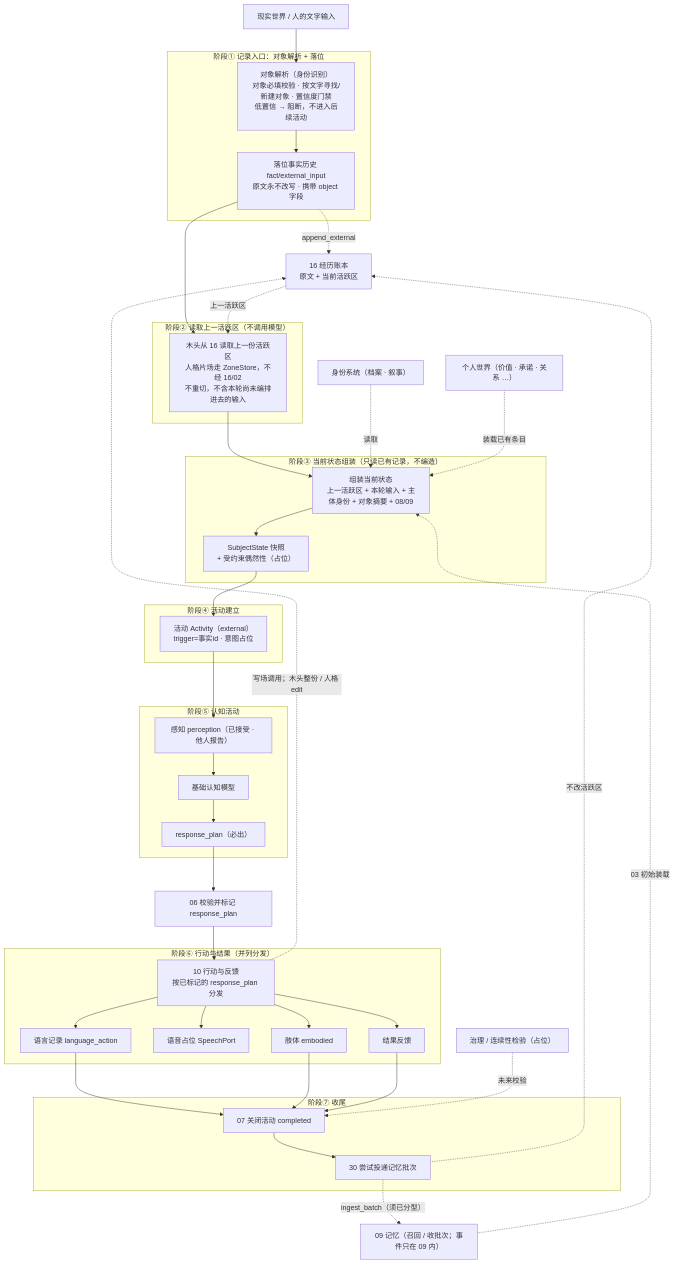
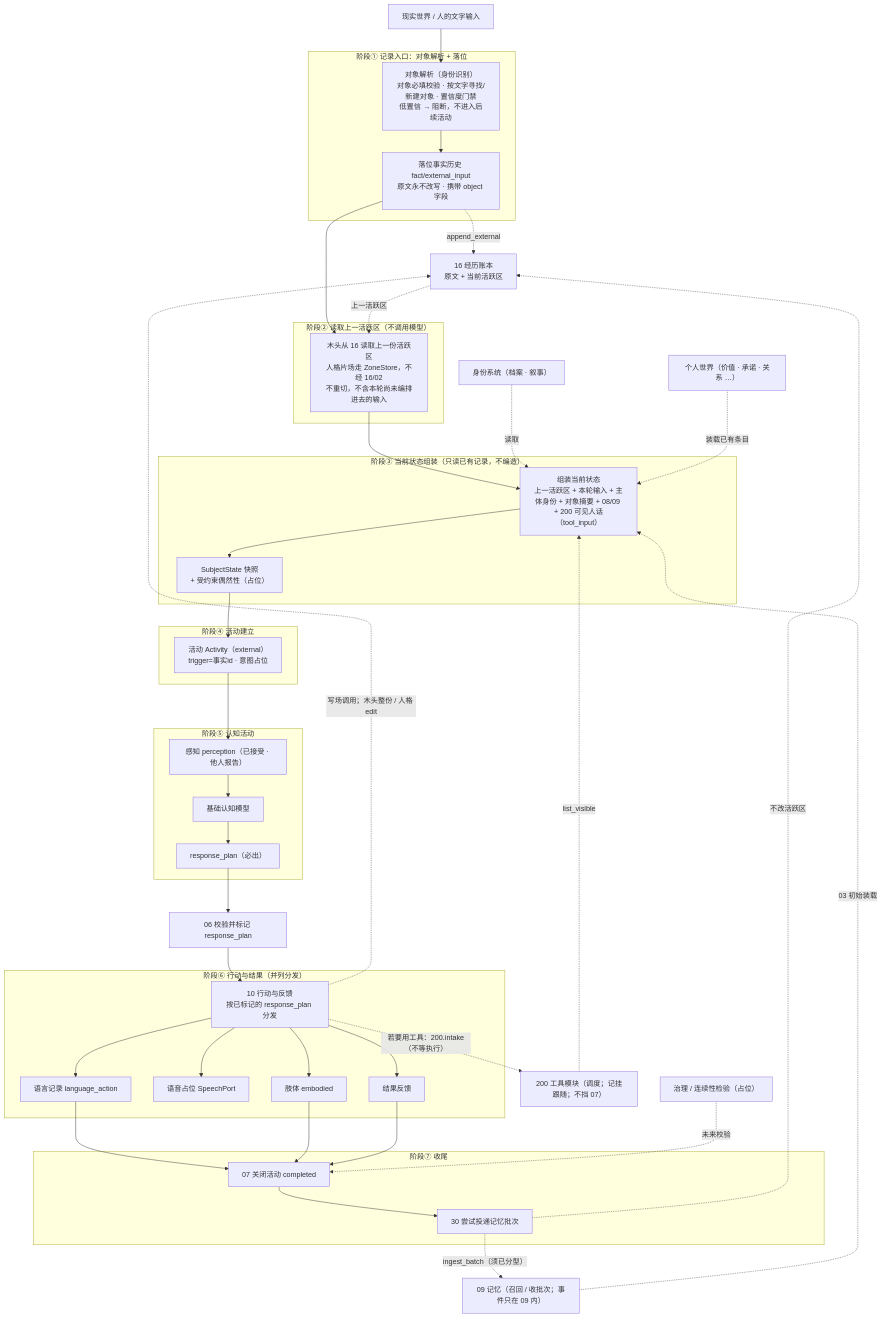
The diagram in doc/design/00-流程总览与输入边界.md (Llllsuhdjhhd/JShi), drawn with Mermaid before and after one commit. The commit also changed other lines of this file and 8 other files, not shown here.

First line of the commit message:
docs: 正式设计对齐 03 tool_input（原样装 200 人话，不叫醒）

````diff
--- a/doc/design/00-流程总览与输入边界.md
+++ b/doc/design/00-流程总览与输入边界.md
@@ -17,79 +17,82 @@
 ```mermaid
 flowchart TB
     W["现实世界 / 人的文字输入"] --> P1
 
     subgraph S1["阶段① 记录入口：对象解析 + 落位"]
         P1["对象解析（身份识别）<br/>对象必填校验 · 按文字寻找/新建对象 · 置信度门禁<br/>低置信 → 阻断，不进入后续活动"]
         P2["落位事实历史 fact/external_input<br/>原文永不改写 · 携带 object 字段"]
         P1 --> P2
     end
 
     P2 -. "append_external" .-> LED
     P2 --> P3
 
     subgraph S2["阶段② 读取上一活跃区（不调用模型）"]
         P3["木头从 16 读取上一份活跃区<br/>人格片场走 ZoneStore，不经 16/02<br/>不重切，不含本轮尚未编排进去的输入"]
     end
 
     P3 --> P5
 
     subgraph S3["阶段③ 当前状态组装（只读已有记录，不编造）"]
-        P5["组装当前状态<br/>上一活跃区 + 本轮输入 + 主体身份 + 对象摘要 + 08/09"]
+        P5["组装当前状态<br/>上一活跃区 + 本轮输入 + 主体身份 + 对象摘要 + 08/09 + 200 可见人话（tool_input）"]
         P5 --> P5C["SubjectState 快照<br/>+ 受约束偶然性（占位）"]
     end
 
     P5C --> P6
 
     subgraph S4["阶段④ 活动建立"]
         P6["活动 Activity（external）<br/>trigger=事实id · 意图占位"]
     end
 
     P6 --> P7
 
     subgraph S5["阶段⑤ 认知活动"]
         P7["感知 perception（已接受 · 他人报告）"]
         P8["基础认知模型"]
         P9["response_plan（必出）"]
         P7 --> P8
         P8 --> P9
     end
 
     P9 --> P06["06 校验并标记 response_plan"]
     P06 --> P10
 
     subgraph S6["阶段⑥ 行动与结果（并列分发）"]
         P10["10 行动与反馈<br/>按已标记的 response_plan 分发"]
         L["语言记录 language_action"]
         V["语音占位 SpeechPort"]
         A["肢体 embodied"]
         R["结果反馈"]
         P10 --> L
         P10 --> V
         P10 --> A
         P10 --> R
     end
 
     L --> P11
     A --> P11
     R --> P11
 
     subgraph S7["阶段⑦ 收尾"]
         P11["07 关闭活动 completed"]
         P12["30 尝试投递记忆批次"]
         P11 --> P12
     end
 
     ID["身份系统（档案 · 叙事）"]
     PW["个人世界（价值 · 承诺 · 关系 …）"]
     LED["16 经历账本<br/>原文 + 当前活跃区"]
     MEM["09 记忆（召回 / 收批次；事件只在 09 内）"]
     ID -. "读取" .-> P5
     PW -. "装载已有条目" .-> P5
     LED -. "上一活跃区" .-> P3
     MEM -. "03 初始装载" .-> P5
     P12 -. "ingest_batch（须已分型）" .-> MEM
     P12 -. "不改活跃区" .-> LED
     P10 -. "写场调用；木头整份 / 人格 edit" .-> LED
+    P10 -. "若要用工具：200.intake（不等执行）" .-> TOOL
+    TOOL["200 工具模块（调度；记挂跟随；不挡 07）"]
+    TOOL -. "list_visible" .-> P5
 
     G1["治理 / 连续性检验（占位）"] -. "未来校验" .-> P11
 ```
````
